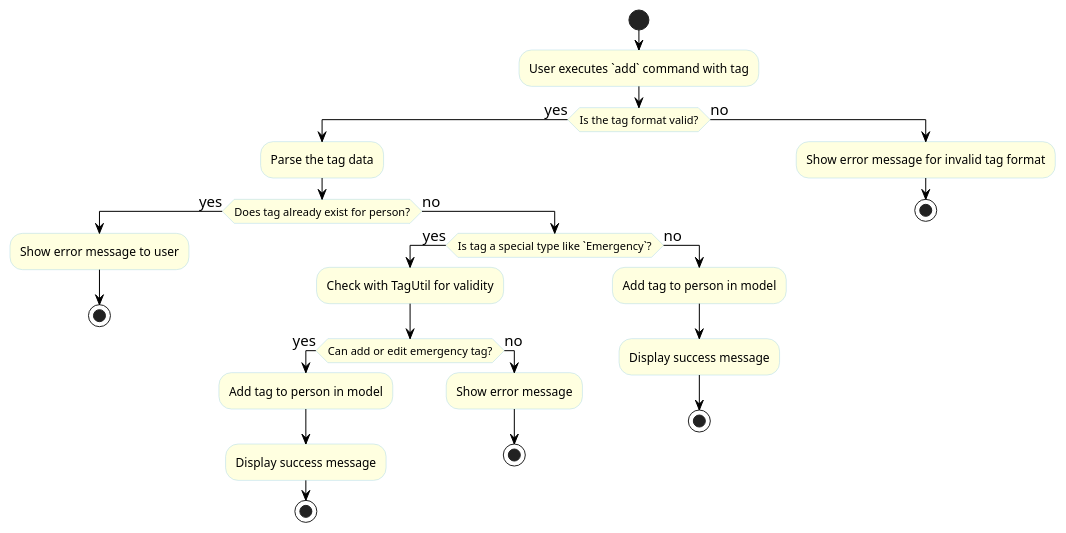
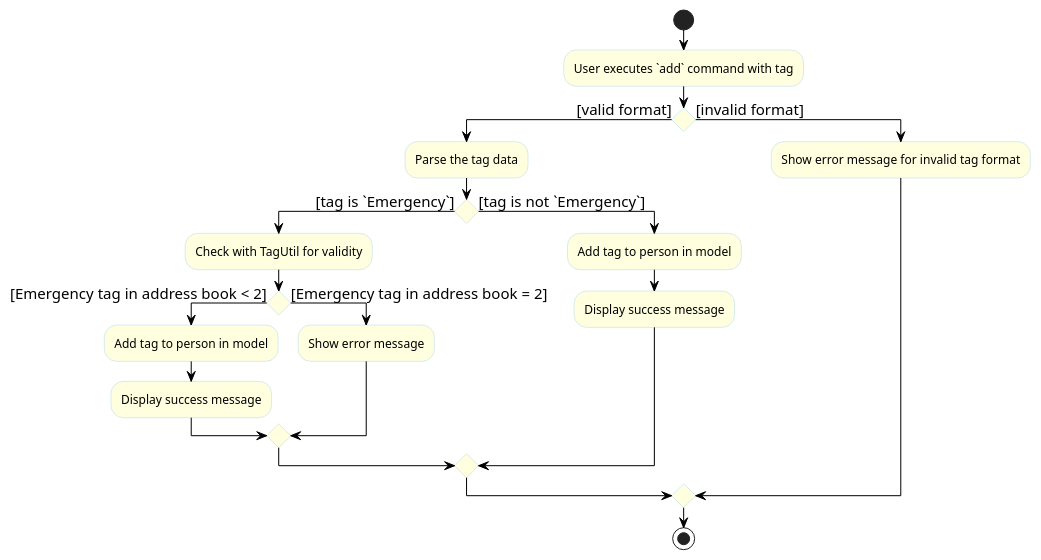
One commit to tanteckfang/tp changed the diagram in docs/diagrams/TagActivityDiagram.puml. Above: the diagram before and after it, drawn with PlantUML. The commit also changed 1 other file, not shown here.

Commit message:
corrected the activity diagram for tag

```diff
--- a/docs/diagrams/TagActivityDiagram.puml
+++ b/docs/diagrams/TagActivityDiagram.puml
@@ -1,38 +1,31 @@
 @startuml
 skinparam activityBackgroundColor LightYellow
 skinparam activityBorderColor LightBlue
 skinparam activityArrowColor Black
 skinparam activityArrowFontSize 15
 
 start
 
 :User executes `add` command with tag;
 
-if (Is the tag format valid?) then (yes)
+if () then ([valid format])
     :Parse the tag data;
-    if (Does tag already exist for person?) then (yes)
-        :Show error message to user;
-        stop
-    else (no)
-        if (Is tag a special type like `Emergency`?) then (yes)
-            :Check with TagUtil for validity;
-            if (Can add or edit emergency tag?) then (yes)
-                :Add tag to person in model;
-                :Display success message;
-                stop
-            else (no)
-                :Show error message;
-                stop
-            endif
-        else (no)
+    if () then ([tag is `Emergency`])
+        :Check with TagUtil for validity;
+        if () then ([Emergency tag in address book < 2])
             :Add tag to person in model;
             :Display success message;
-            stop
+        else ([Emergency tag in address book = 2])
+            :Show error message;
         endif
+    else ([tag is not `Emergency`])
+        :Add tag to person in model;
+        :Display success message;
     endif
-else (no)
+else ([invalid format])
     :Show error message for invalid tag format;
-    stop
 endif
 
+stop
+
 @enduml
```
